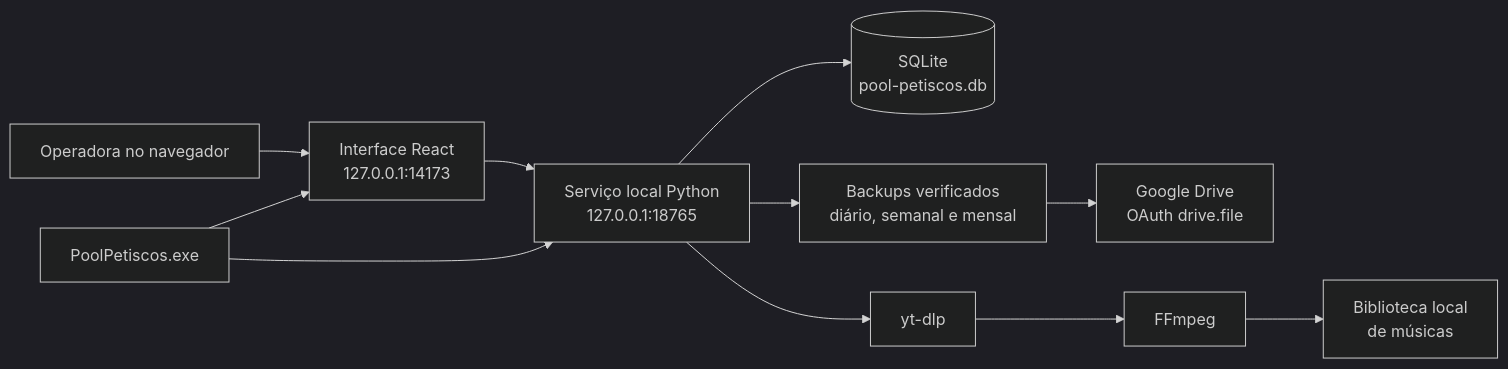
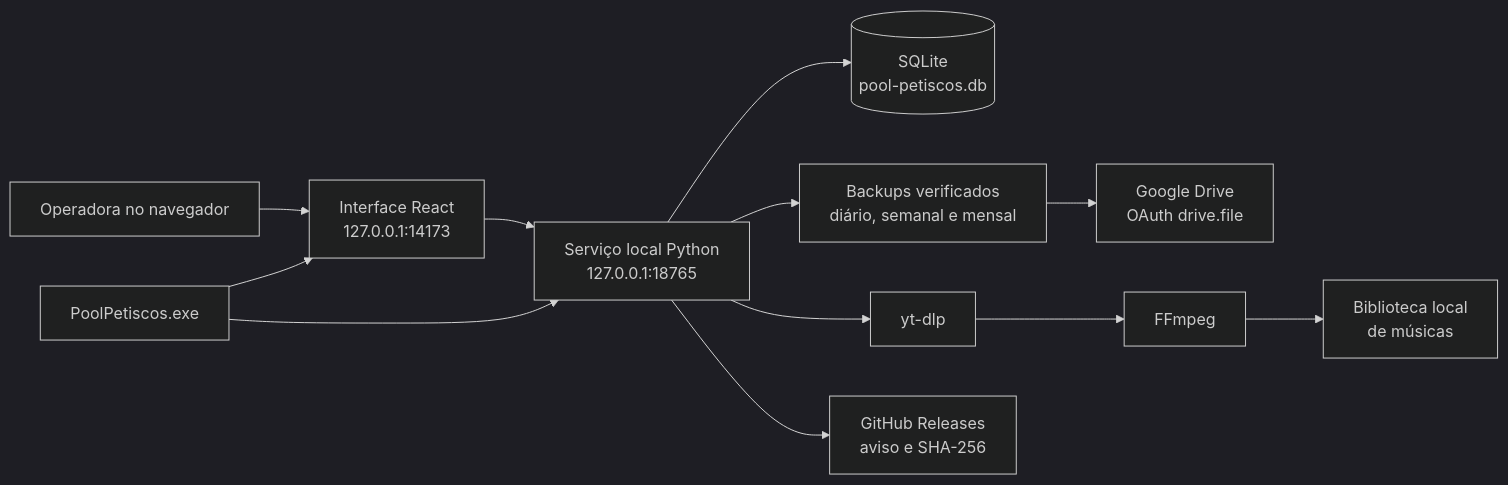
One commit to mayvzx/sistema-poolpetiscos changed the diagram in docs/architecture/ARQUITETURA.md. Above: the diagram before and after it, drawn with Mermaid (dark theme). The commit also changed other lines of this file and 29 other files, not shown here.

````diff
--- a/docs/architecture/ARQUITETURA.md
+++ b/docs/architecture/ARQUITETURA.md
@@ -9,13 +9,14 @@
 ```mermaid
 flowchart LR
     O["Operadora no navegador"] --> UI["Interface React<br/>127.0.0.1:14173"]
     UI --> API["Serviço local Python<br/>127.0.0.1:18765"]
     API --> DB[("SQLite<br/>pool-petiscos.db")]
     API --> BK["Backups verificados<br/>diário, semanal e mensal"]
     BK --> GD["Google Drive<br/>OAuth drive.file"]
     API --> YT["yt-dlp"]
+    API --> GH["GitHub Releases<br/>aviso e SHA-256"]
     YT --> FF["FFmpeg"]
     FF --> MU["Biblioteca local<br/>de músicas"]
     LA["PoolPetiscos.exe"] --> UI
     LA --> API
 ```
````
